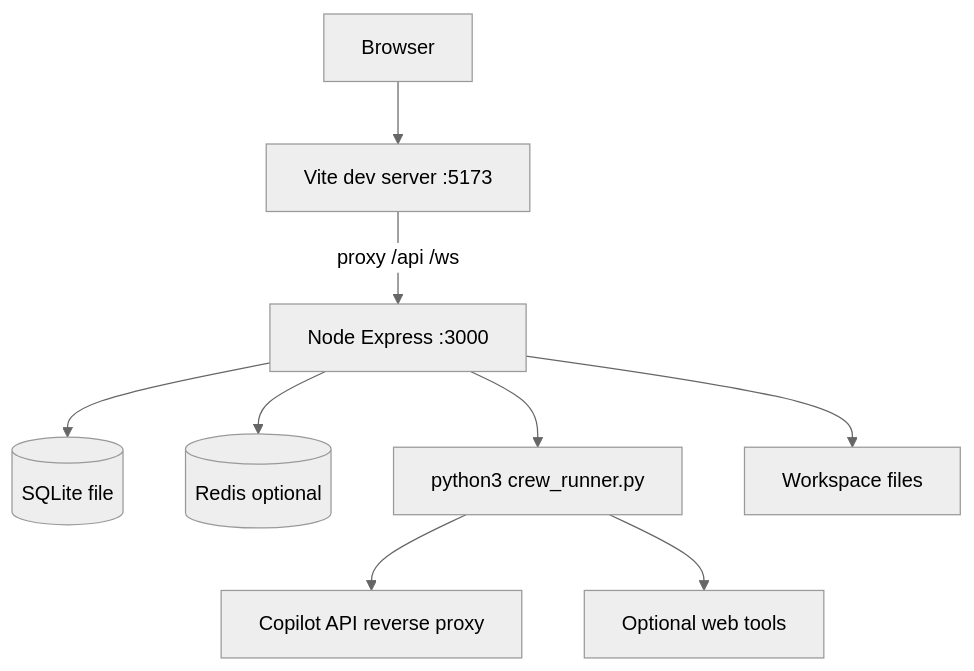
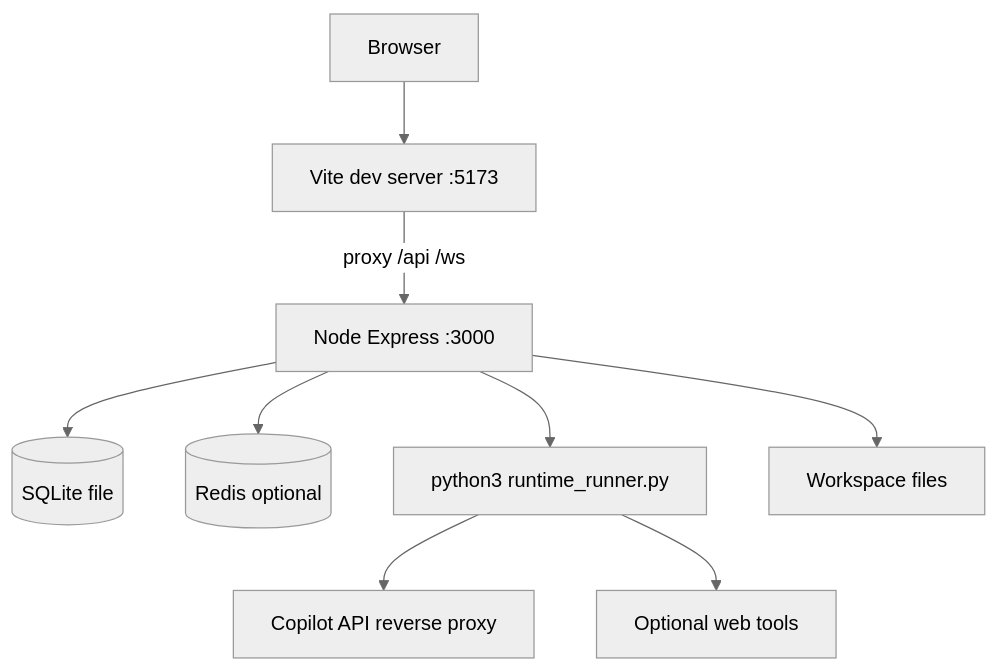
Before and after one commit to Zchary1106/Myrmecia: diagram 13 of 13 in docs/ARCHITECTURE.md, drawn with Mermaid (neutral theme). The commit also changed other lines of this file and 34 other files, not shown here.

First line of the commit message:
refactor: rename CrewAI runtime to Agent Factory Python Runtime

````diff
--- a/docs/ARCHITECTURE.md
+++ b/docs/ARCHITECTURE.md
@@ -619,11 +614,11 @@
 ```mermaid
 flowchart TB
   Browser[Browser] --> Vite[Vite dev server :5173]
   Vite -->|proxy /api /ws| Node[Node Express :3000]
   Node --> SQLite[(SQLite file)]
   Node --> Redis[(Redis optional)]
-  Node --> Python[python3 crew_runner.py]
+  Node --> Python[python3 runtime_runner.py]
   Python --> Copilot[Copilot API reverse proxy]
   Python --> Internet[Optional web tools]
   Node --> Workspace[Workspace files]
 ```
````
